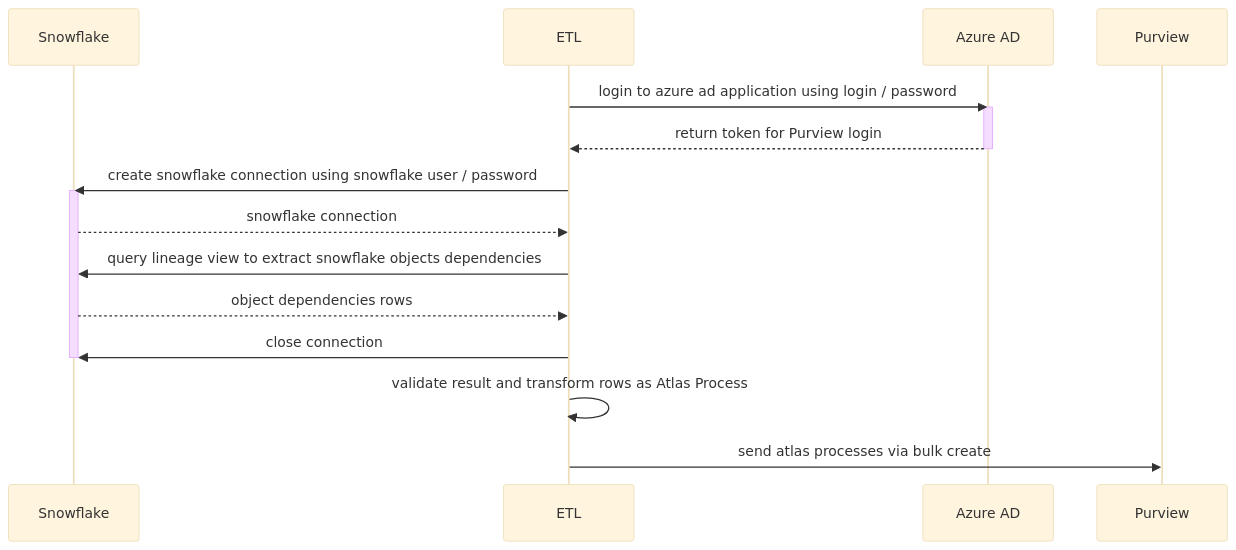
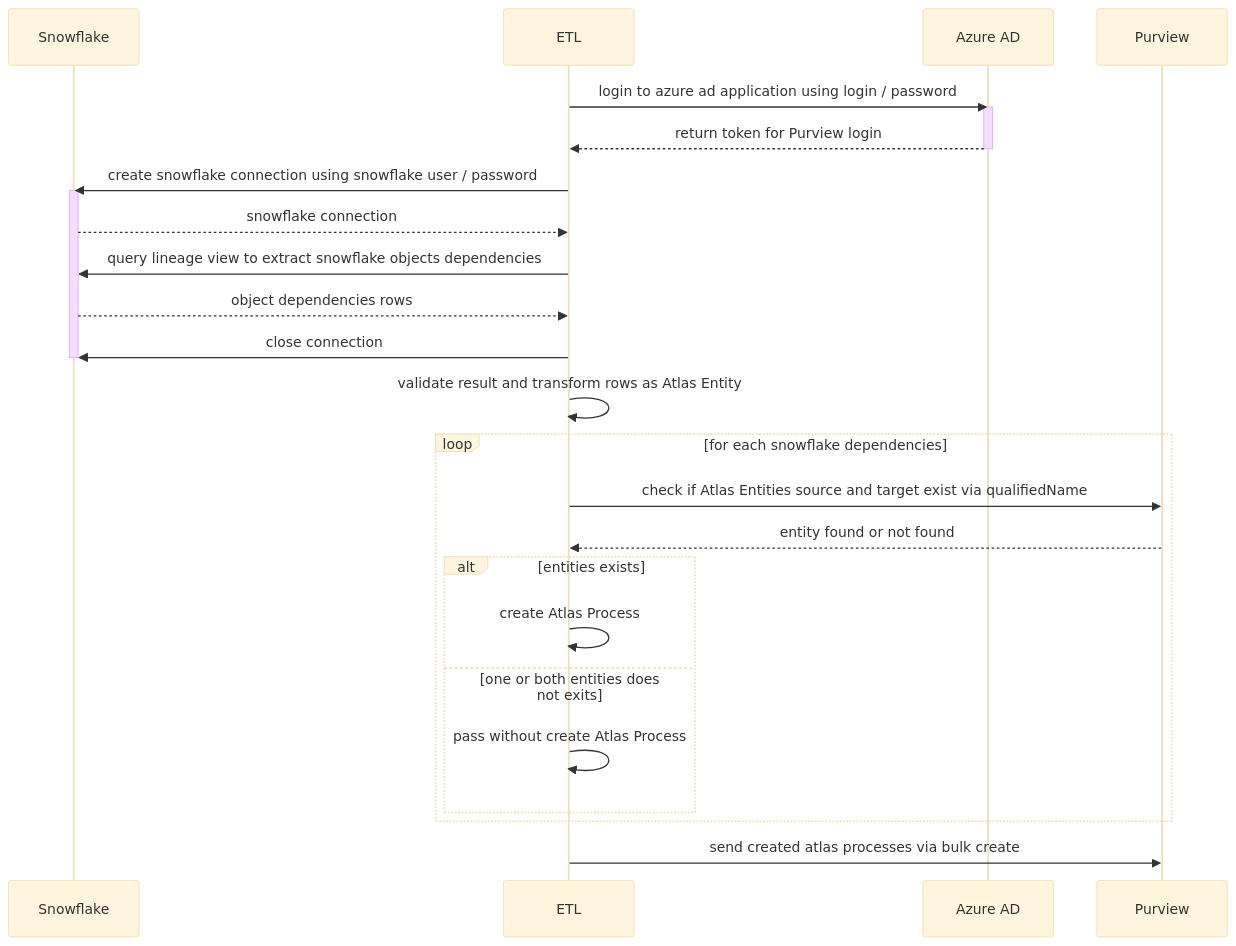
One commit to Soyhuce/etl_snowflake_lineage_purview changed the diagram in README.md. Above: the diagram before and after it, drawn with Mermaid (base theme). The commit also changed other lines of this file and 3 other files, not shown here.

Commit message:
fix: synchronizing vue column model with panderra dataframe schema

````diff
--- a/README.md
+++ b/README.md
@@ -37,21 +39,30 @@
 ```mermaid
 sequenceDiagram
     participant snowflake as Snowflake
     participant etl as ETL
     participant ad as Azure AD
     participant pur as Purview
 
     etl ->> ad: login to azure ad application using login / password 
     activate ad
         ad -->> etl: return token for Purview login
     deactivate ad
     etl ->> snowflake: create snowflake connection using snowflake user / password
     activate snowflake
         snowflake -->> etl: snowflake connection
         etl ->> snowflake: query lineage view to extract snowflake objects dependencies
         snowflake -->> etl: object dependencies rows
         etl ->> snowflake: close connection
     deactivate snowflake
-    etl ->> etl: validate result and transform rows as Atlas Process 
-    etl ->> pur: send atlas processes via bulk create
+    etl ->> etl: validate result and transform rows as Atlas Entity 
+    loop for each snowflake dependencies
+        etl ->> pur: check if Atlas Entities source and target exist via qualifiedName
+        pur -->> etl: entity found or not found
+        alt entities exists
+            etl ->> etl: create Atlas Process
+        else one or both entities does not exits
+            etl ->> etl: pass without create Atlas Process
+        end
+    end
+    etl ->> pur: send created atlas processes via bulk create
 ```
````
